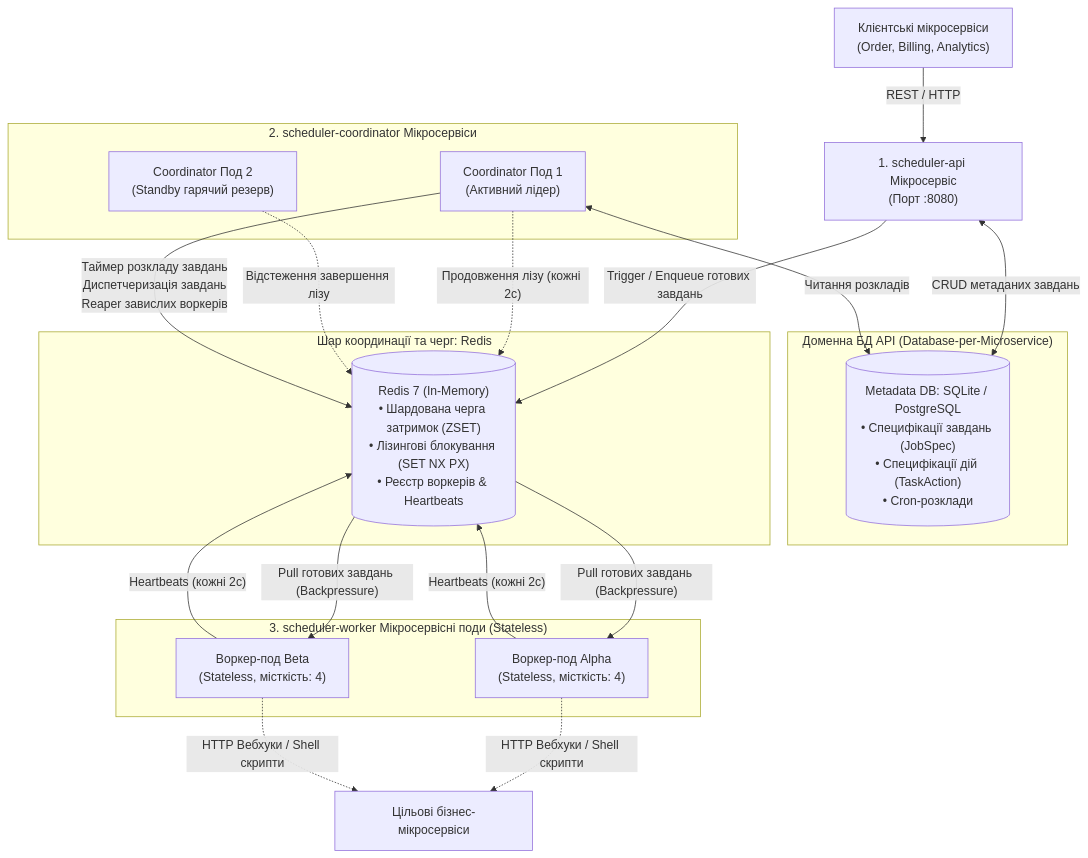
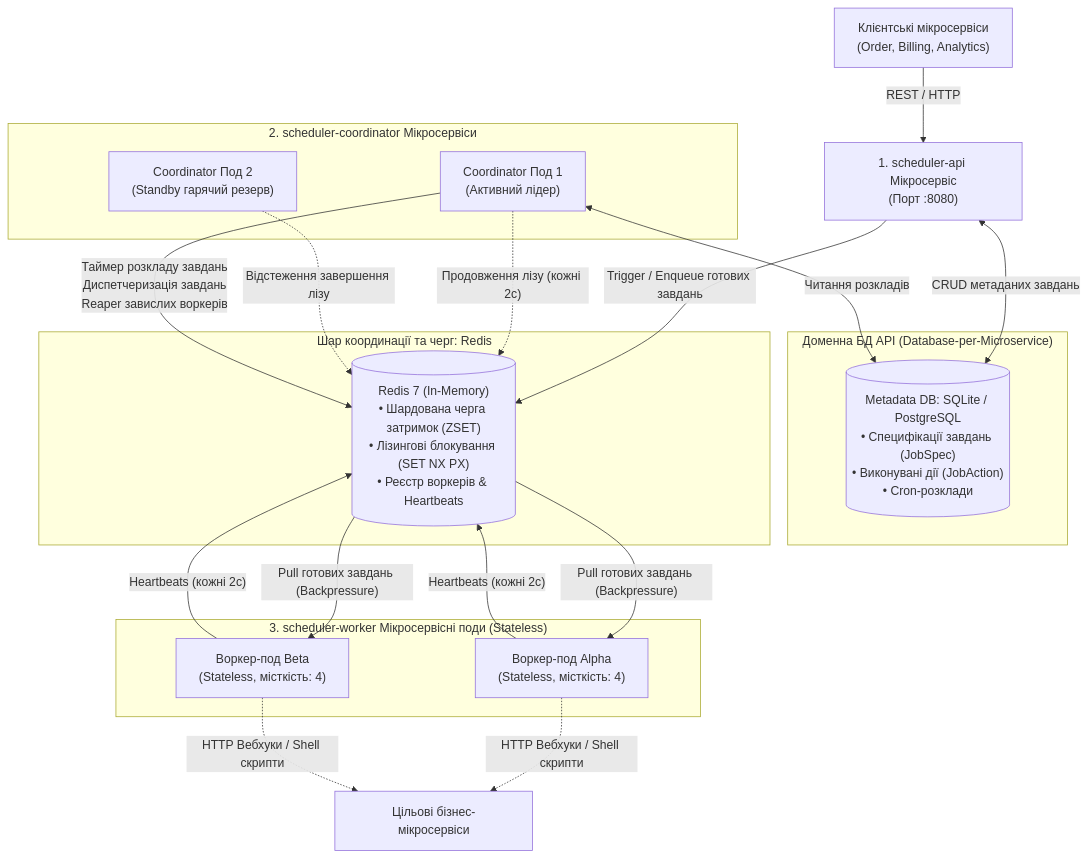
The first of 4 diagrams in README.md (tarashor/job-scheduler), drawn with Mermaid before and after one commit. The commit also changed other lines of this file and 3 other files, not shown here.

Commit message:
refactor(model): remove obsolete TaskSpec and simplify JobSpec to pure atomic job model

````diff
--- a/README.md
+++ b/README.md
@@ -50,39 +50,39 @@
 ```mermaid
 flowchart TD
     ClientSvc["Клієнтські мікросервіси<br/>(Order, Billing, Analytics)"] -->|"REST / HTTP"| API["1. scheduler-api Мікросервіс<br/>(Порт :8080)"]
     
     subgraph APIDatabase ["Доменна БД API (Database-per-Microservice)"]
-        MetaDB[("Metadata DB: SQLite / PostgreSQL<br/>• Специфікації завдань (JobSpec)<br/>• Специфікації дій (TaskAction)<br/>• Cron-розклади")]
+        MetaDB[("Metadata DB: SQLite / PostgreSQL<br/>• Специфікації завдань (JobSpec)<br/>• Виконувані дії (JobAction)<br/>• Cron-розклади")]
     end
     API <-->|"CRUD метаданих завдань"| MetaDB
 
     subgraph StorageLayer ["Шар координації та черг: Redis"]
         Redis[("Redis 7 (In-Memory)<br/>• Шардована черга затримок (ZSET)<br/>• Лізингові блокування (SET NX PX)<br/>• Реєстр воркерів & Heartbeats")]
     end
 
     API -->|"Trigger / Enqueue готових завдань"| Redis
 
     subgraph CoordinatorPods ["2. scheduler-coordinator Мікросервіси"]
         C1["Coordinator Под 1<br/>(Активний лідер)"]
         C2["Coordinator Под 2<br/>(Standby гарячий резерв)"]
         C1 -.->|"Продовження лізу (кожні 2с)"| Redis
         C2 -.->|"Відстеження завершення лізу"| Redis
     end
 
     C1 <-->|"Читання розкладів"| MetaDB
     C1 -- "Таймер розкладу завдань<br/>Диспетчеризація завдань<br/>Reaper завислих воркерів" --> Redis
 
     subgraph WorkerPool ["3. scheduler-worker Мікросервісні поди (Stateless)"]
         W1["Воркер-под Alpha<br/>(Stateless, місткість: 4)"]
         W2["Воркер-под Beta<br/>(Stateless, місткість: 4)"]
     end
 
     Redis -- "Pull готових завдань (Backpressure)" --> W1
     Redis -- "Pull готових завдань (Backpressure)" --> W2
 
     W1 -- "Heartbeats (кожні 2с)" --> Redis
     W2 -- "Heartbeats (кожні 2с)" --> Redis
 
     W1 -.->|"HTTP Вебхуки / Shell скрипти"| TargetSvc["Цільові бізнес-мікросервіси"]
     W2 -.->|"HTTP Вебхуки / Shell скрипти"| TargetSvc
 ```
````
